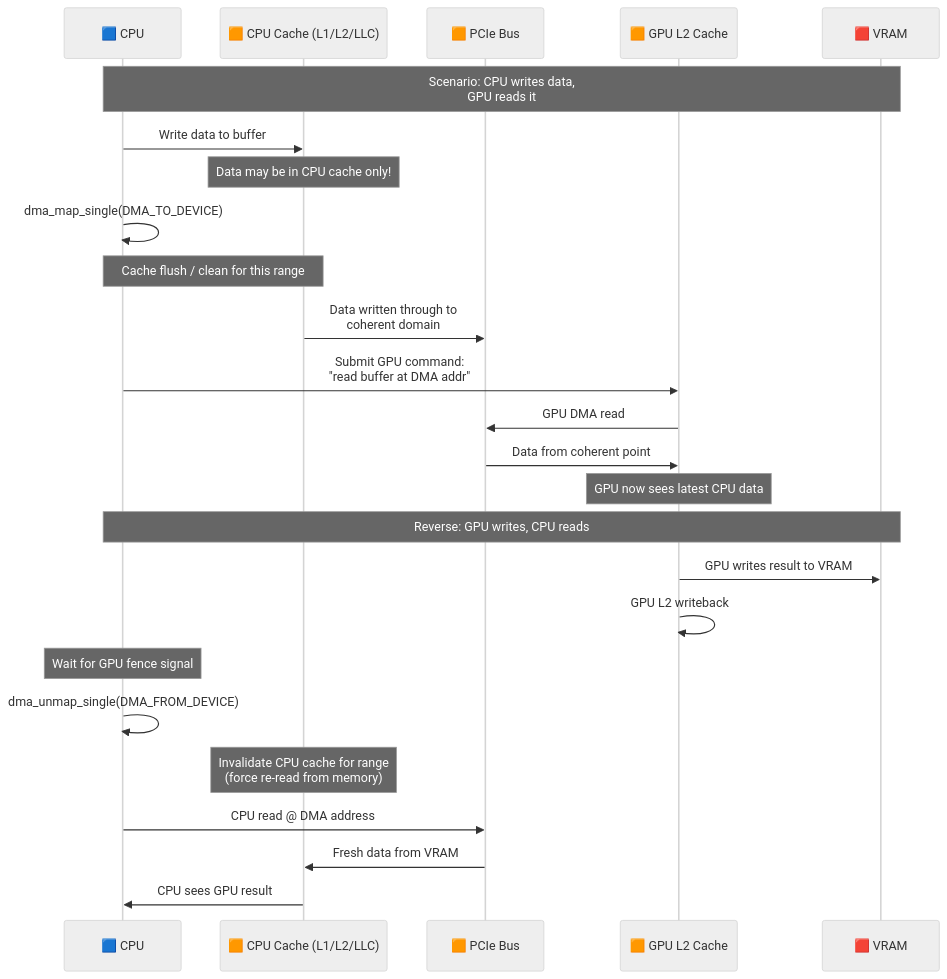
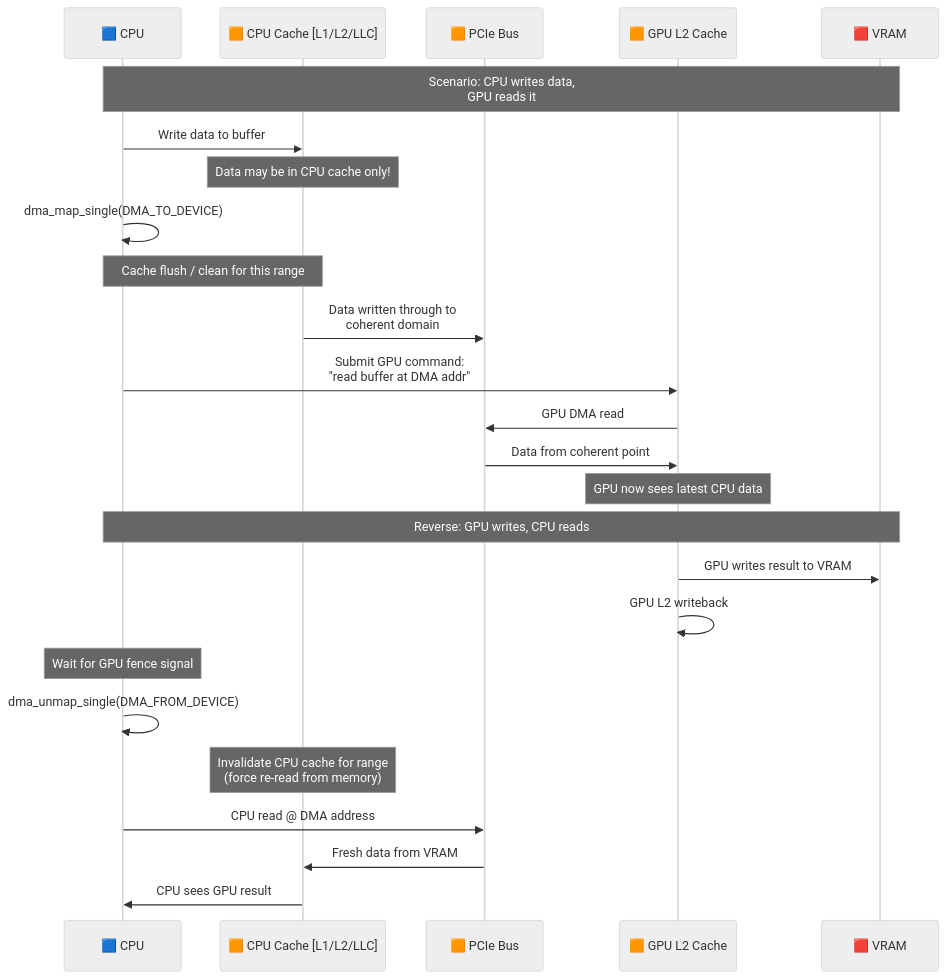
Diagram 18 of 22 in MemoryManagement/18_NVIDIA_System_Design_Part2.md (nilprajapati97/Linux), drawn with Mermaid (neutral theme) before and after one commit. The commit also changed other lines of this file and 68 other files, not shown here.

````diff
--- a/MemoryManagement/18_NVIDIA_System_Design_Part2.md
+++ b/MemoryManagement/18_NVIDIA_System_Design_Part2.md
@@ -686,39 +686,39 @@
 ```mermaid
 sequenceDiagram
     participant CPU as 🟦 CPU
-    participant CPU_CACHE as 🟧 CPU Cache (L1/L2/LLC)
+    participant CPU_CACHE as 🟧 CPU Cache [L1/L2/LLC]
     participant PCIE as 🟧 PCIe Bus
     participant GPU_L2 as 🟧 GPU L2 Cache
     participant VRAM as 🟥 VRAM
 
     Note over CPU,VRAM: Scenario: CPU writes data,<br/>GPU reads it
 
     CPU->>CPU_CACHE: Write data to buffer
     Note over CPU_CACHE: Data may be in CPU cache only!
 
     CPU->>CPU: dma_map_single(DMA_TO_DEVICE)
     Note over CPU,CPU_CACHE: Cache flush / clean for this range
 
     CPU_CACHE->>PCIE: Data written through to<br/>coherent domain
 
     CPU->>GPU_L2: Submit GPU command:<br/>"read buffer at DMA addr"
 
     GPU_L2->>PCIE: GPU DMA read
     PCIE->>GPU_L2: Data from coherent point
 
     Note over GPU_L2: GPU now sees latest CPU data
 
     Note over CPU,VRAM: Reverse: GPU writes, CPU reads
 
     GPU_L2->>VRAM: GPU writes result to VRAM
     GPU_L2->>GPU_L2: GPU L2 writeback
 
     Note over CPU: Wait for GPU fence signal
 
     CPU->>CPU: dma_unmap_single(DMA_FROM_DEVICE)
     Note over CPU_CACHE: Invalidate CPU cache for range<br/>(force re-read from memory)
 
     CPU->>PCIE: CPU read @ DMA address
     PCIE->>CPU_CACHE: Fresh data from VRAM
     CPU_CACHE->>CPU: CPU sees GPU result
 ```
````
